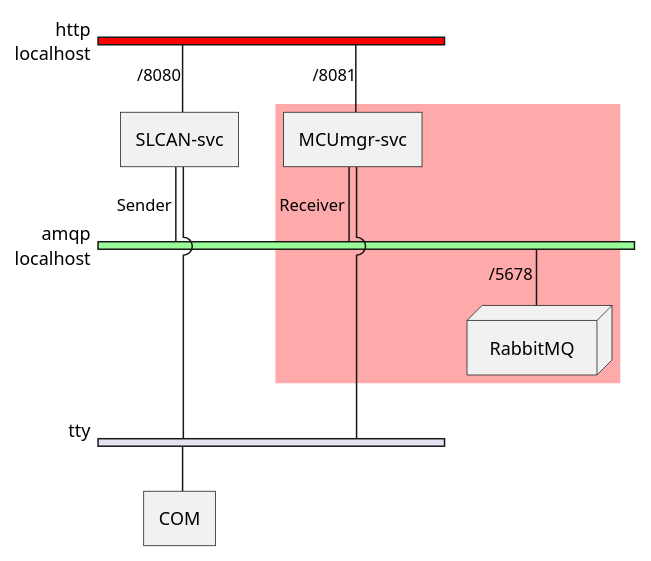
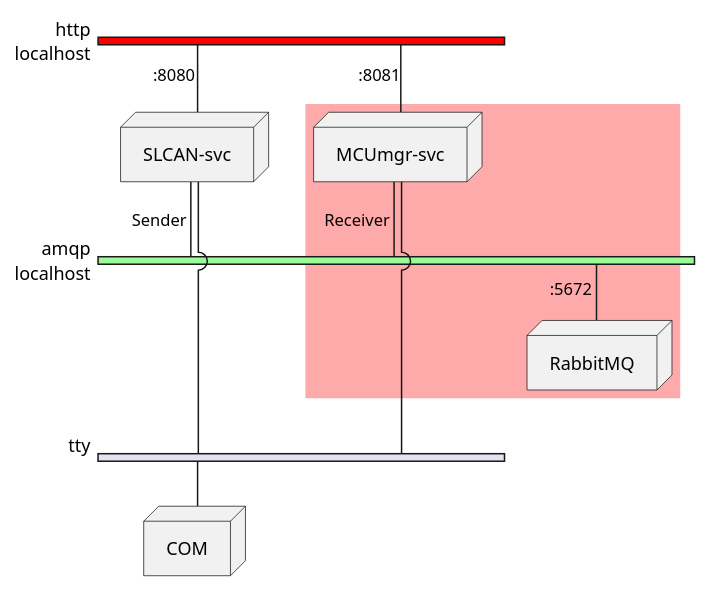
One commit to jonathanyhliang/slcan-svc changed the first of 2 diagrams in plantuml/src/slcan-group.plantuml. Above: the diagram before and after it, drawn with PlantUML. The commit also changed 2 other files, not shown here.

Commit message:
Update UML

```diff
--- a/plantuml/src/slcan-group.plantuml
+++ b/plantuml/src/slcan-group.plantuml
@@ -1,27 +1,27 @@
 @startuml
 nwdiag {
   group nightly {
     color = "#FFAAAA";
     MCUmgr-svc
     RabbitMQ
   }
   network http {
     address = "localhost"
     color = "red"
-    SLCAN-svc [address = "/8080           "]
-    MCUmgr-svc [address = "/8081          "]
+    SLCAN-svc [address = ":8080           "]
+    MCUmgr-svc [address = ":8081          "]
   }
   network amqp {
     address = "localhost"
     color = "palegreen"
-    SLCAN-svc [address = "Sender "]
-    MCUmgr-svc [address = "Receiver "]
-    RabbitMQ [address = "/5678            ", shape = node ]
+    SLCAN-svc [address = "Sender ", shape = node]
+    MCUmgr-svc [address = "Receiver ",shape = node]
+    RabbitMQ [address = ":5672            ", shape = node ]
   }
   network tty {
     SLCAN-svc
     MCUmgr-svc
-    COM
+    COM [shape = node]
   }
 }
 @enduml
```
